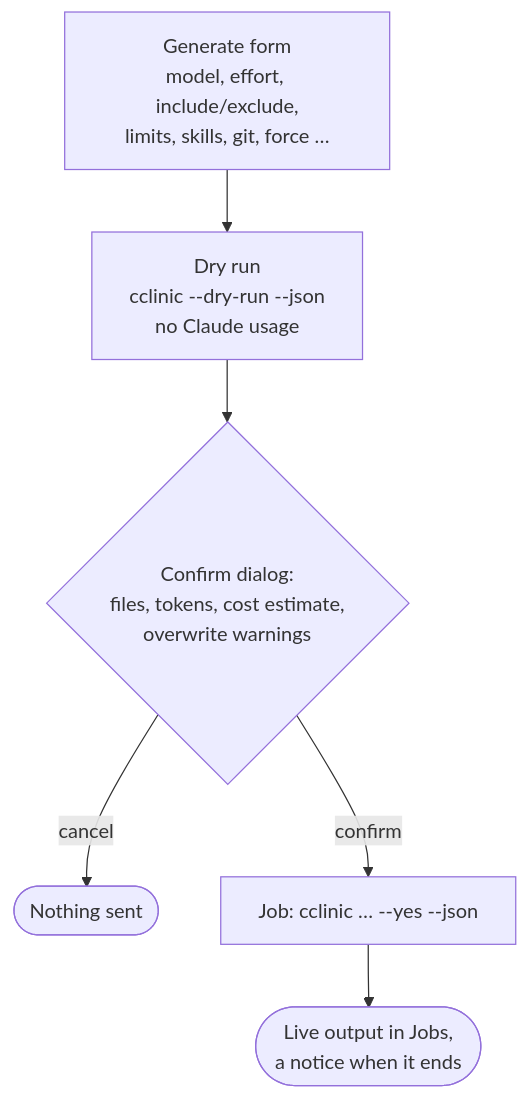
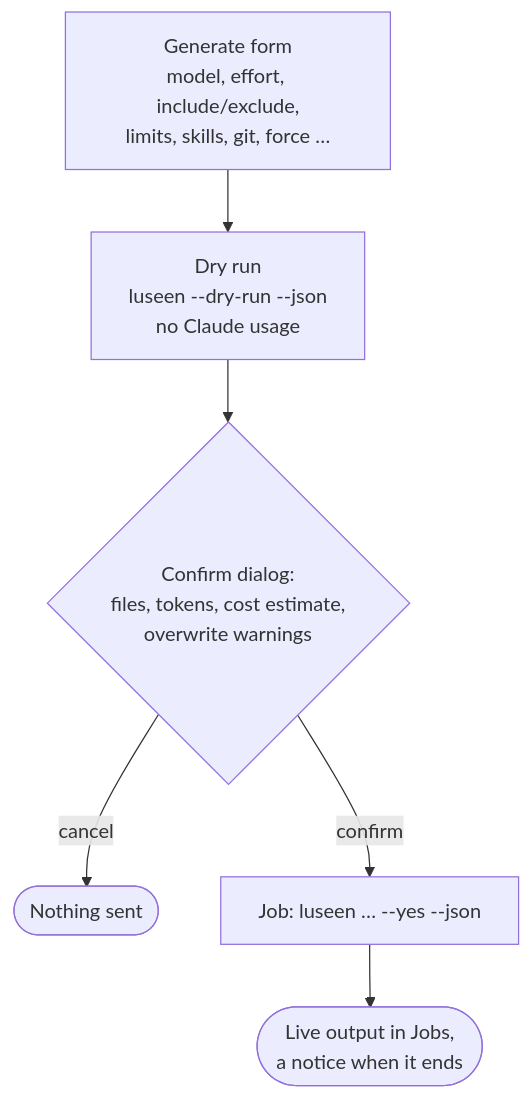
One commit to Hayko97/cclinic changed the fourth of 8 diagrams in GUI_FLOW.md. Above: the diagram before and after it, drawn with Mermaid. The commit also changed other lines of this file and 311 other files, not shown here.

````diff
--- a/GUI_FLOW.md
+++ b/GUI_FLOW.md
@@ -93,8 +93,8 @@
 ```mermaid
 flowchart TD
-    F[Generate form<br/>model, effort, include/exclude,<br/>limits, skills, git, force …] --> D[Dry run<br/>cclinic --dry-run --json<br/>no Claude usage]
+    F[Generate form<br/>model, effort, include/exclude,<br/>limits, skills, git, force …] --> D[Dry run<br/>luseen --dry-run --json<br/>no Claude usage]
     D --> Q{Confirm dialog:<br/>files, tokens, cost estimate,<br/>overwrite warnings}
     Q -- cancel --> N([Nothing sent])
-    Q -- confirm --> J[Job: cclinic … --yes --json]
+    Q -- confirm --> J[Job: luseen … --yes --json]
     J --> O([Live output in Jobs,<br/>a notice when it ends])
 ```
````
